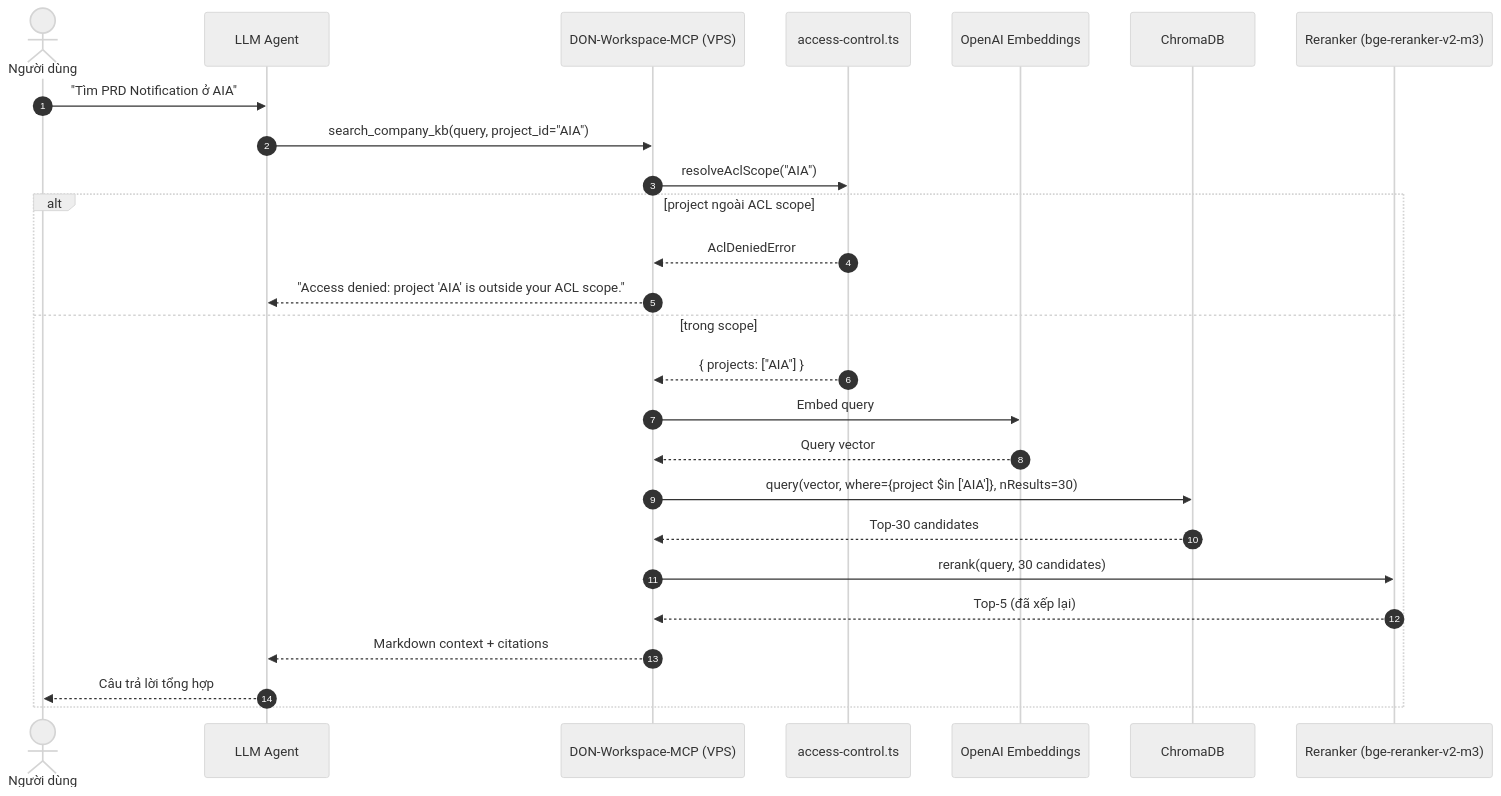
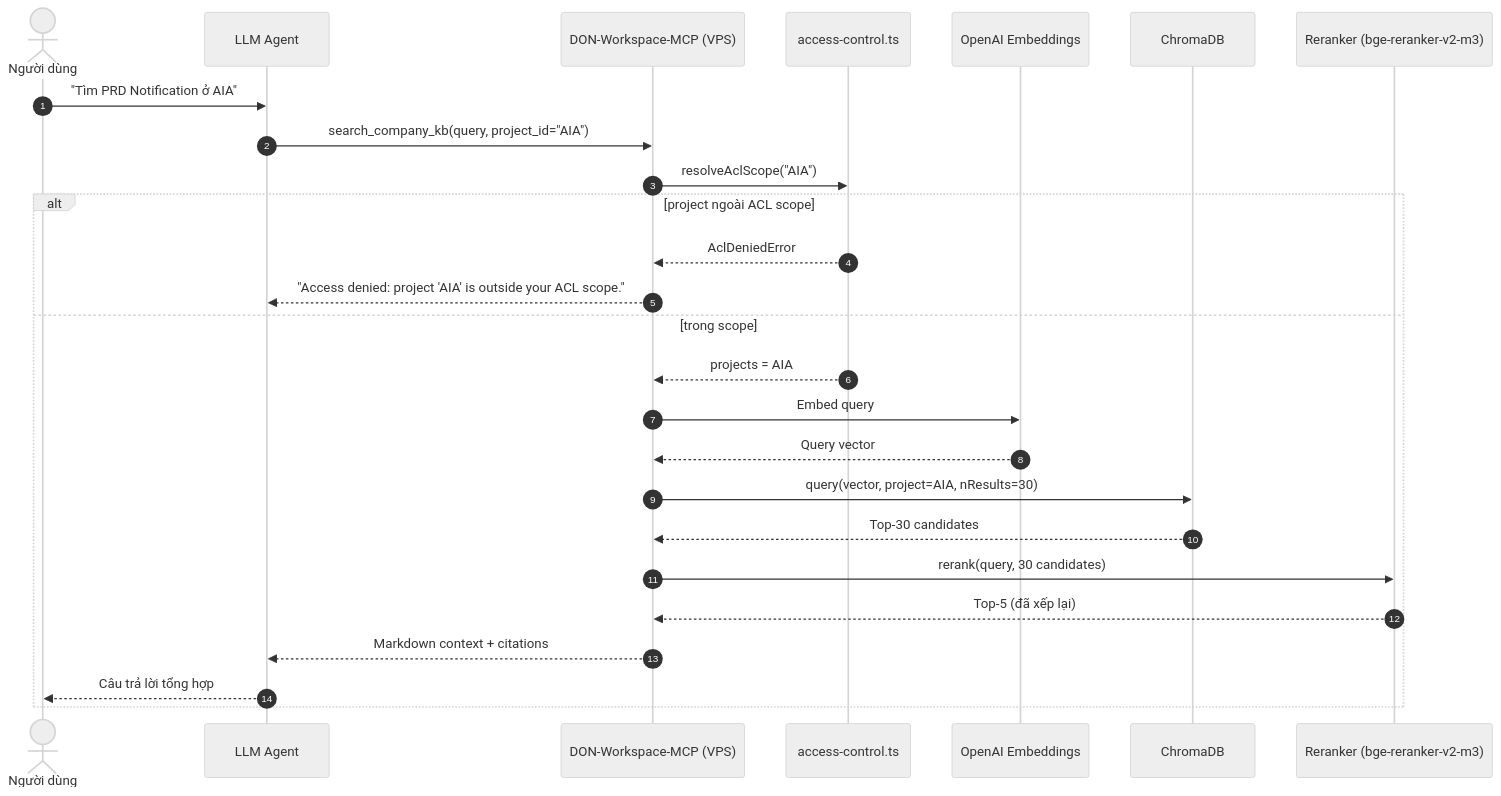
Before and after one commit to cachep-xidau/MCP-server: the fourth of 4 diagrams in docs/system-architecture.md, drawn with Mermaid (neutral theme). The commit also changed other lines of this file and 1 other file, not shown here.

Commit message:
fix(docs): escape braces in mermaid sequence diagrams
Curly braces in Note/message text broke GitHub mermaid rendering
(parse error). Replace metadata {a, b, c} and where={...} with
brace-free equivalents in ingestion and query sequences.

````diff
--- a/docs/system-architecture.md
+++ b/docs/system-architecture.md
@@ -106,29 +106,29 @@
 ```mermaid
 sequenceDiagram
     autonumber
     actor User as Người dùng
     participant AI as LLM Agent
     participant MCP as DON-Workspace-MCP (VPS)
     participant ACL as access-control.ts
     participant OpenAI as OpenAI Embeddings
     participant Chroma as ChromaDB
     participant RR as Reranker (bge-reranker-v2-m3)
 
     User->>AI: "Tìm PRD Notification ở AIA"
     AI->>MCP: search_company_kb(query, project_id="AIA")
     MCP->>ACL: resolveAclScope("AIA")
     alt project ngoài ACL scope
         ACL-->>MCP: AclDeniedError
         MCP-->>AI: "Access denied: project 'AIA' is outside your ACL scope."
     else trong scope
-        ACL-->>MCP: { projects: ["AIA"] }
+        ACL-->>MCP: projects = AIA
         MCP->>OpenAI: Embed query
         OpenAI-->>MCP: Query vector
-        MCP->>Chroma: query(vector, where={project $in ['AIA']}, nResults=30)
+        MCP->>Chroma: query(vector, project=AIA, nResults=30)
         Chroma-->>MCP: Top-30 candidates
         MCP->>RR: rerank(query, 30 candidates)
         RR-->>MCP: Top-5 (đã xếp lại)
         MCP-->>AI: Markdown context + citations
         AI-->>User: Câu trả lời tổng hợp
     end
 ```
````
